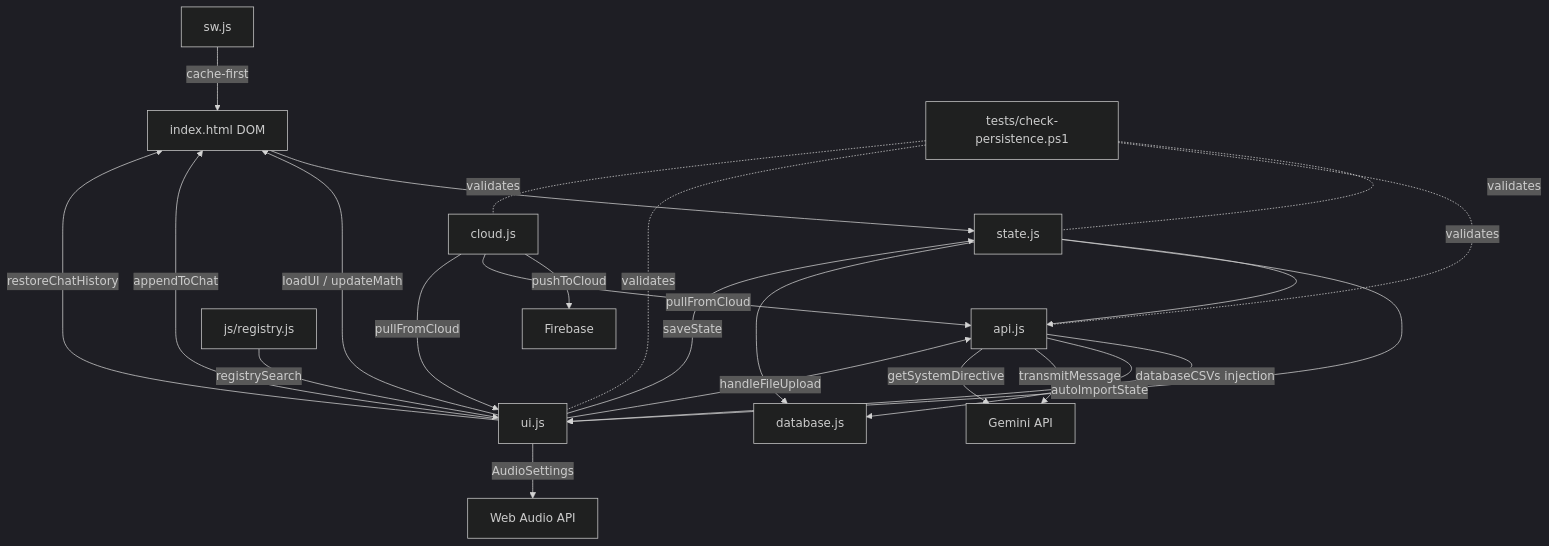
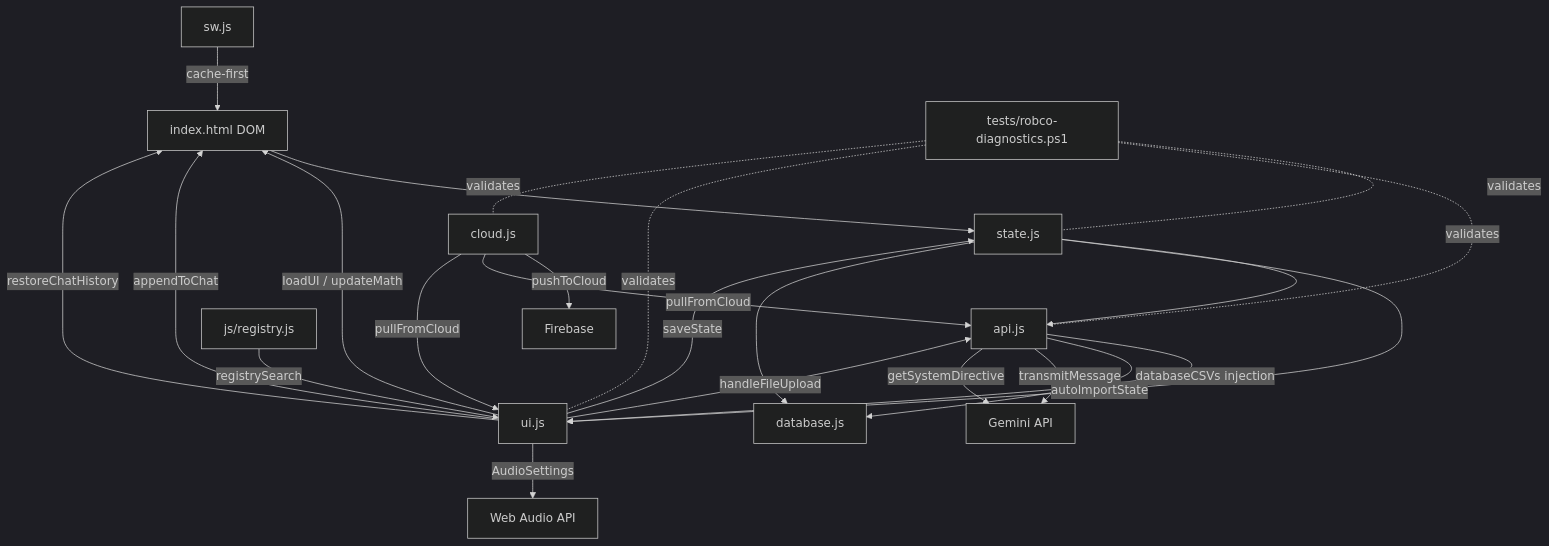
One commit to zerckzzyHD/Robco-UOS changed the diagram in ARCHITECTURE.md. Above: the diagram before and after it, drawn with Mermaid (dark theme). The commit also changed other lines of this file and 11 other files, not shown here.

First line of the commit message:
WU-REN: rename test runners to tests/robco-diagnostics.{js,ps1}, Phase R

````diff
--- a/ARCHITECTURE.md
+++ b/ARCHITECTURE.md
@@ -743,32 +743,32 @@
 ```mermaid
 graph TD
     A[index.html DOM] --> B[state.js]
     B --> C[api.js]
     B --> D[ui.js]
     B --> E[database.js]
 
     C --> |autoImportState| D
     C --> |databaseCSVs injection| E
     C --> |transmitMessage| F[Gemini API]
     C --> |getSystemDirective| F
 
     D -->|loadUI / updateMath| A
     D -->|saveState| B
     D -->|appendToChat| A
     D -->|AudioSettings| G[Web Audio API]
     D -->|handleFileUpload| C
     D -->|restoreChatHistory| A
 
     H[cloud.js] -->|pushToCloud| I[Firebase]
     H -->|pullFromCloud| C
     H -->|pullFromCloud| D
 
     J[sw.js] -->|cache-first| A
 
-    K[tests/check-persistence.ps1] -.-|validates| B
+    K[tests/robco-diagnostics.ps1] -.-|validates| B
     K -.-|validates| C
     K -.-|validates| D
     K -.-|validates| H
 
     L[js/registry.js] -->|registrySearch| D
 ```
````
